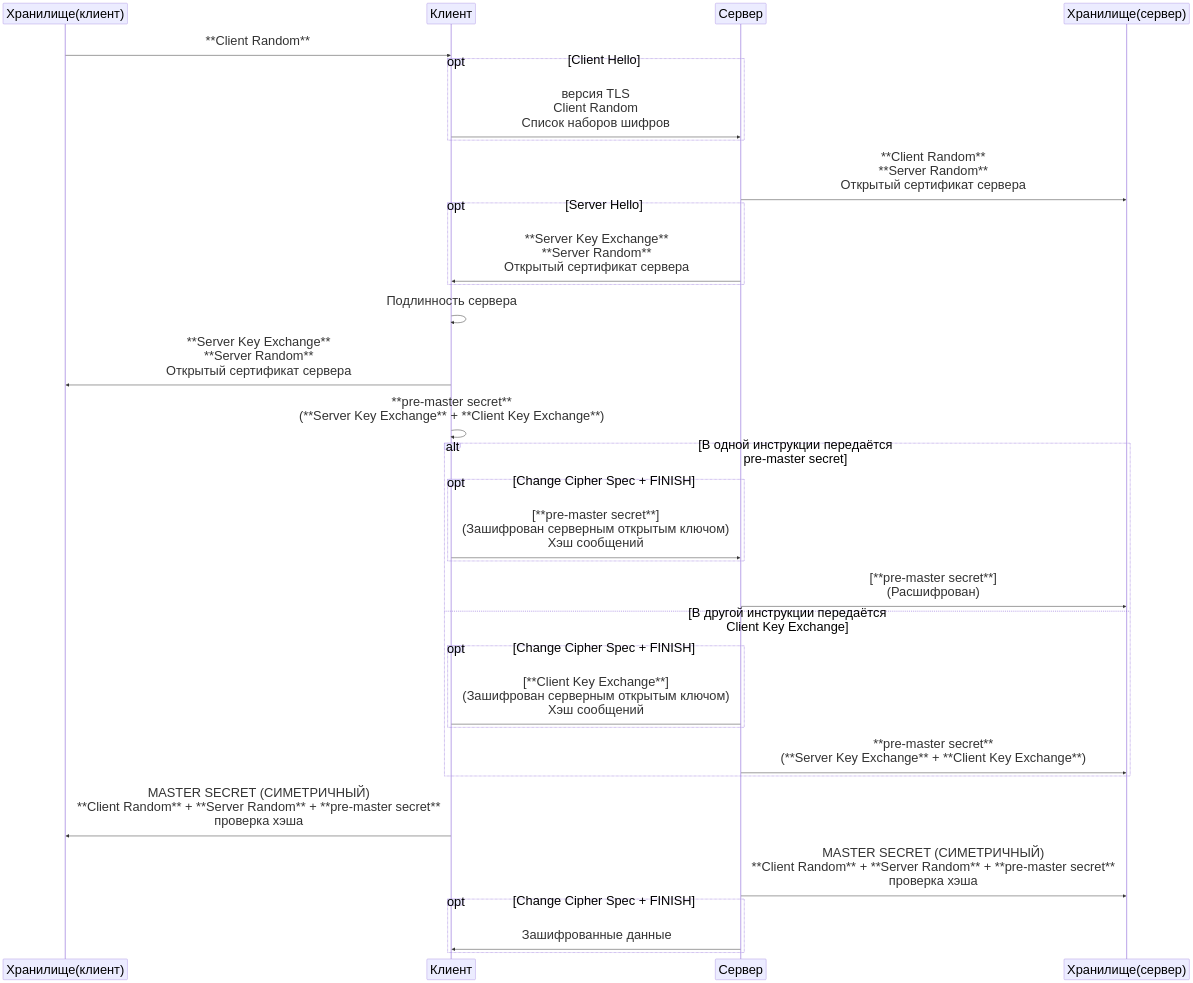
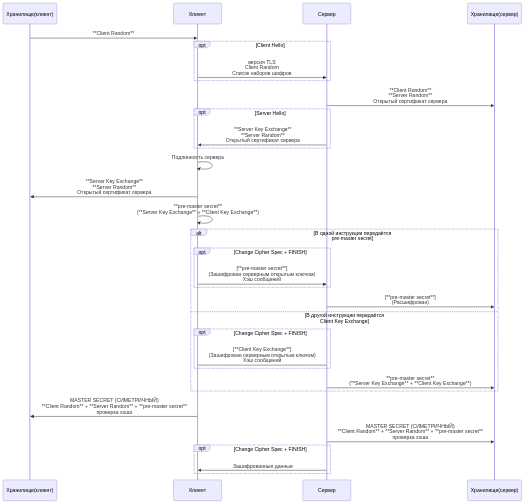
Before and after one commit to Firzen475/Common: the diagram in linux/net/Теория/https запрос (поправить форматирование).md, drawn with Mermaid.

````diff
--- a/linux/net/Теория/https запрос (поправить форматирование).md
+++ b/linux/net/Теория/https запрос (поправить форматирование).md
@@ -27,40 +27,40 @@
 ```mermaid
 %%{init: {
   'theme': 'default',
-  'fontSize': '40',
-  'themeCSS': 'text { font-size: 40px !important; }',
+  'fontSize': '16',
+  'themeCSS': 'text { font-size: 16px !important; }',
   'fontFamily': 'sans-serif',
   'sequence': {
 
   }
 }}%%
 sequenceDiagram
     Хранилище(клиент) ->> Клиент: **Client Random**
     opt Client Hello
         Клиент->>Сервер: версия TLS<br>Client Random<br>Список наборов шифров
     end
     Сервер ->> Хранилище(сервер): **Client Random**<br>**Server Random**<br>Открытый сертификат сервера
     opt Server Hello
         Сервер->>Клиент: **Server Key Exchange**<br>**Server Random**<br>Открытый сертификат сервера
     end
     Клиент->>Клиент: Подлинность сервера
     Клиент->>Хранилище(клиент): **Server Key Exchange**<br>**Server Random**<br>Открытый сертификат сервера
     Клиент ->> Клиент: **pre-master secret**<br>(**Server Key Exchange** + **Client Key Exchange**)
     alt В одной инструкции передаётся<br>pre-master secret
         opt Change Cipher Spec + FINISH
             Клиент->>Сервер: [**pre-master secret**]<br>(Зашифрован серверным открытым ключом)<br>Хэш сообщений
         end
         Сервер ->> Хранилище(сервер): [**pre-master secret**]<br>(Расшифрован)
     else В другой инструкции передаётся<br>Client Key Exchange
         opt Change Cipher Spec + FINISH
             Клиент->Сервер: [**Client Key Exchange**]<br>(Зашифрован серверным открытым ключом)<br>Хэш сообщений
         end
         Сервер ->> Хранилище(сервер): **pre-master secret**<br>(**Server Key Exchange** + **Client Key Exchange**)
     end
     Клиент ->> Хранилище(клиент): MASTER SECRET (СИМЕТРИЧНЫЙ)<br> **Client Random** + **Server Random** + **pre-master secret**<br>проверка хэша
     Сервер ->> Хранилище(сервер): MASTER SECRET (СИМЕТРИЧНЫЙ)<br> **Client Random** + **Server Random** + **pre-master secret**<br>проверка хэша
     opt Change Cipher Spec + FINISH
         Сервер ->> Клиент: Зашифрованные данные
     end
 
 ```
````
